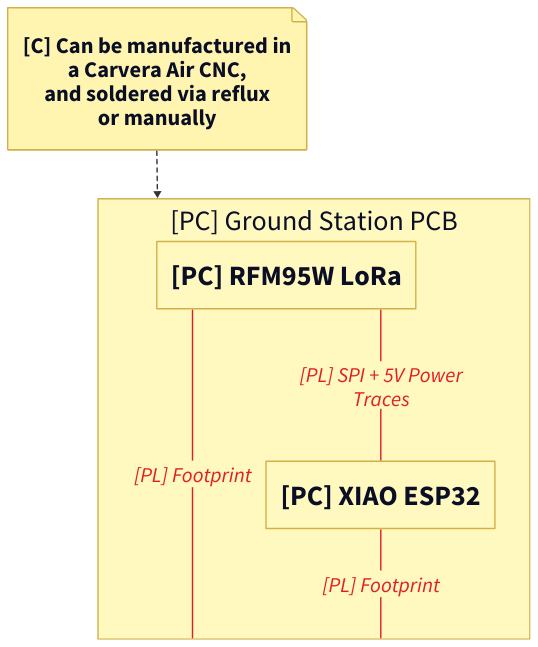
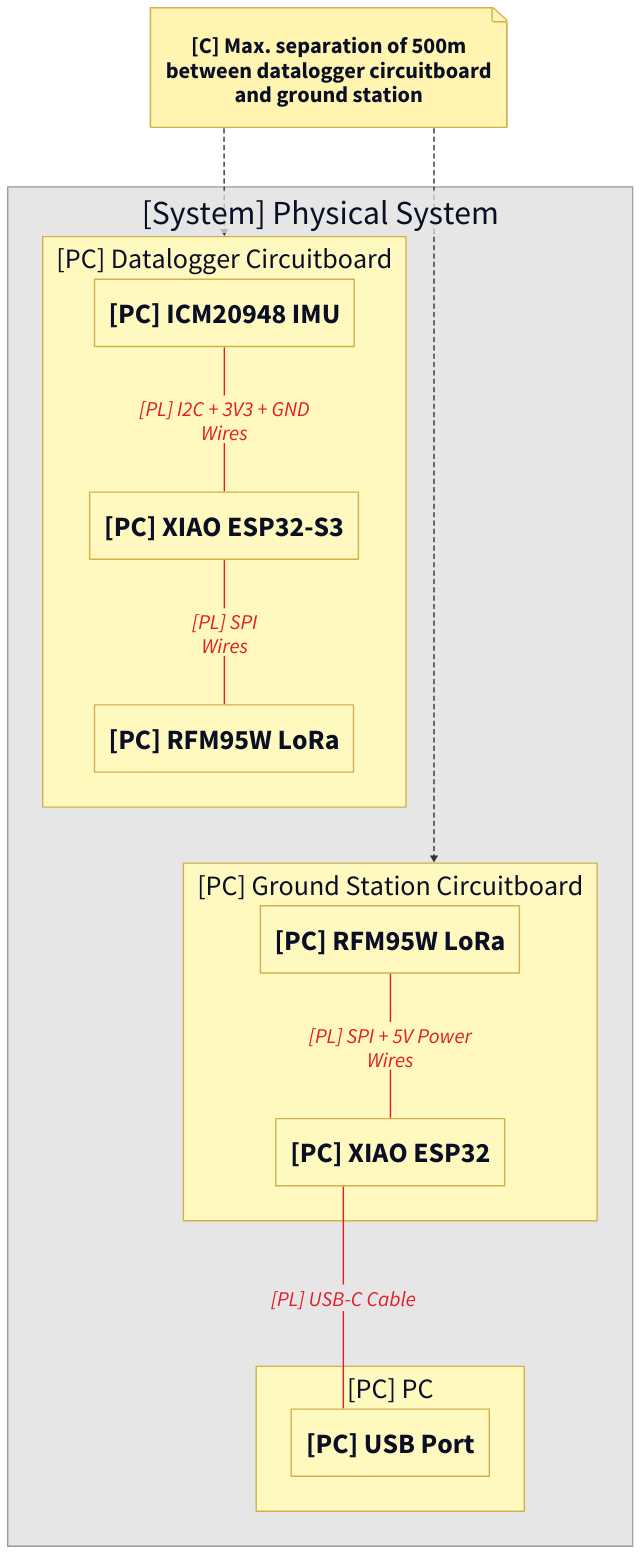
One commit to DeltaLabo/CanSatWorkshop changed the diagram in DPS/MBSE/v0.2/DPS_v0.2_view1_physical.d2. Above: the diagram before and after it, drawn with D2. The commit also changed 48 other files, not shown here.

```diff
--- a/DPS/MBSE/v0.2/DPS_v0.2_view1_physical.d2
+++ b/DPS/MBSE/v0.2/DPS_v0.2_view1_physical.d2
@@ -1,65 +1,93 @@
 vars: {
   d2-config: {
     layout-engine: elk
   }
 }
 
 # Physical view
-# DPS v0.2 delivers only the ground-station PCB hardware.
+# DPS v0.2 adds an IMU to the datalogger circuitboard and keeps all hardware on circuitboards.
 direction: down
 
 classes: {
   func: {
     shape: rectangle
     style: { fill: "#BDFB9B"; stroke: "#166534"; stroke-width: 2; font-size: 36 }
   }
   lc: {
     style: {
       fill: "#A9C7E6"; stroke: "#5B65C9"; stroke-width: 2
       border-radius: 20; font-size: 40
     }
   }
   pc: {
     style: { fill: "#FFF8BF"; stroke: "#D1B24A"; stroke-width: 2; font-size: 40 }
   }
   sys: {
     style: { fill: "#E6E6E6"; stroke: "#9A9A9A"; stroke-width: 2; font-size: 48 }
   }
   ea: {
     shape: rectangle
     style: {
       fill: "#BFEAF4"; stroke: "#5B65C9"; stroke-width: 2
       border-radius: 20; font-size: 40
     }
   }
   note: { style: { fill: "#FFF5B0"; stroke: "#D1B24A"; font-size: 32 } }
   chain: {
     style: {
       fill: "#FFFFFF"; stroke: "#D1B24A"; stroke-width: 2
       border-radius: 20; font-size: 36
     }
   }
   fe:   { style: { stroke: "#1F7A4D"; font-color: "#1F7A4D"; stroke-width: 2; font-size: 30 } }
   ce:   { style: { stroke: "#5B65C9"; font-color: "#5B65C9"; stroke-width: 2; font-size: 30 } }
   pl:   { style: { stroke: "#E11D28"; font-color: "#E11D28"; stroke-width: 2; font-size: 30 } }
   cstr: { style: { stroke: "#333333"; stroke-dash: 3; font-size: 26 } }
 }
 
-ground_station_pcb: "[PC] Ground Station PCB" {
-  class: pc
-  direction: right
+system: "[System] Physical System" {
+  class: sys
+  direction: down
 
-  ground_rfm: "[PC] RFM95W LoRa" { class: pc }
-  ground_xiao: "[PC] XIAO ESP32" { class: pc }
+  datalogger_board: "[PC] Datalogger Circuitboard" {
+    class: pc
+    direction: right
+
+    imu: "[PC] ICM20948 IMU" { class: pc }
+    cansat_xiao: "[PC] XIAO ESP32-S3" { class: pc }
+    cansat_rfm: "[PC] RFM95W LoRa" { class: pc }
+  }
+
+  ground_station_board: "[PC] Ground Station Circuitboard" {
+    class: pc
+    direction: right
+
+    ground_rfm: "[PC] RFM95W LoRa" { class: pc }
+    ground_xiao: "[PC] XIAO ESP32" { class: pc }
+  }
+
+  pc: "[PC] PC" {
+    class: pc
+    direction: down
+
+    usb_port: "[PC] USB Port" { class: pc }
+  }
 }
 
-note_manufacturing: "[C] Can be manufactured in\na Carvera Air CNC,\nand soldered via reflux\nor manually" {
+note_separation: "[C] Max. separation of 500m\nbetween datalogger circuitboard\nand ground station" {
   class: note
   shape: page
 }
 
-ground_station_pcb.ground_rfm -- ground_station_pcb: "[PL] Footprint" { class: pl }
-ground_station_pcb.ground_xiao -- ground_station_pcb: "[PL] Footprint" { class: pl }
-ground_station_pcb.ground_rfm -- ground_station_pcb.ground_xiao: "[PL] SPI + 5V Power\nTraces" { class: pl }
+system.datalogger_board.imu -- system.datalogger_board.cansat_xiao: "[PL] I2C + 3V3 + GND\nWires" { class: pl }
+system.datalogger_board.cansat_xiao -- system.datalogger_board.cansat_rfm: "[PL] SPI\nWires" { class: pl }
 
-note_manufacturing -> ground_station_pcb { class: cstr }
+system.ground_station_board.ground_rfm -- system.ground_station_board.ground_xiao: "[PL] SPI + 5V Power\nWires" { class: pl }
+system.ground_station_board.ground_xiao -- system.pc.usb_port: "[PL] USB-C Cable" { class: pl }
+
+note_separation -> system.datalogger_board { class: cstr }
+note_separation -> system.ground_station_board { class: cstr }
+
+# Layout-only edges to keep the physical bands stacked.
+system.datalogger_board -> system.ground_station_board { style: { opacity: 0 } }
+system.ground_station_board -> system.pc { style: { opacity: 0 } }
```
